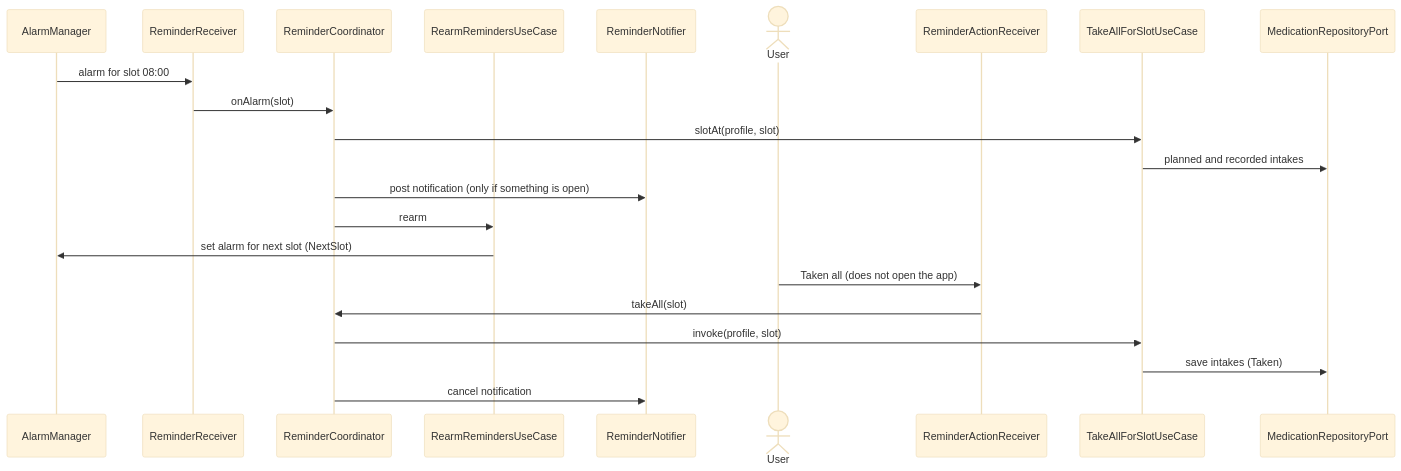
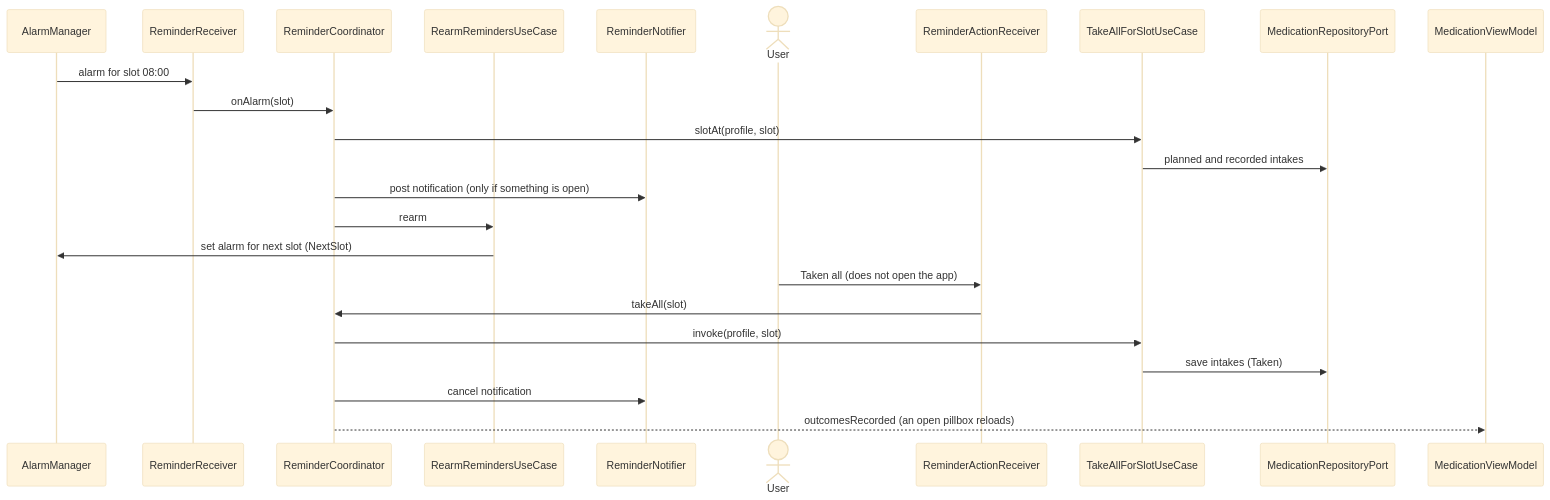
Before and after one commit to mannetje/health_journal: the eighth of 10 diagrams in docs/dev/c4.md, drawn with Mermaid (base theme). The commit also changed 7 other files, not shown here.

Commit message:
fix(app): an open pillbox reloads after Taken all from a notification

````diff
--- a/docs/dev/c4.md
+++ b/docs/dev/c4.md
@@ -199,25 +199,27 @@
 ```mermaid
 sequenceDiagram
     participant AM as AlarmManager
     participant RR as ReminderReceiver
     participant C as ReminderCoordinator
     participant U as RearmRemindersUseCase
     participant N as ReminderNotifier
     actor User
     participant AR as ReminderActionReceiver
     participant T as TakeAllForSlotUseCase
     participant DB as MedicationRepositoryPort
+    participant V as MedicationViewModel
 
     AM->>RR: alarm for slot 08:00
     RR->>C: onAlarm(slot)
     C->>T: slotAt(profile, slot)
     T->>DB: planned and recorded intakes
     C->>N: post notification (only if something is open)
     C->>U: rearm
     U->>AM: set alarm for next slot (NextSlot)
     User->>AR: Taken all (does not open the app)
     AR->>C: takeAll(slot)
     C->>T: invoke(profile, slot)
     T->>DB: save intakes (Taken)
     C->>N: cancel notification
+    C-->>V: outcomesRecorded (an open pillbox reloads)
 ```
````
